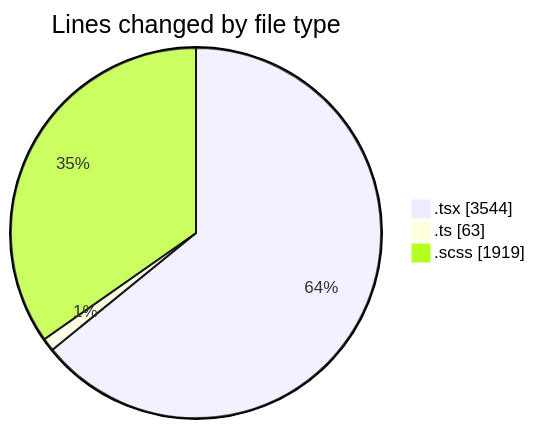
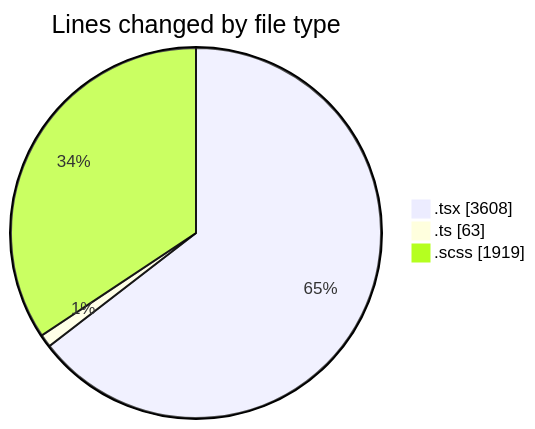
The first of 2 diagrams in 2025-04-02/cda/README.md (momahboobian/code-tracking), drawn with Mermaid before and after one commit. The commit also changed other lines of this file and 1 other file, not shown here.

````diff
--- a/2025-04-02/cda/README.md
+++ b/2025-04-02/cda/README.md
@@ -30,7 +30,7 @@
 ```mermaid
 pie showData
 title Lines changed by file type
-".tsx" : 3544
+".tsx" : 3608
 ".ts" : 63
 ".scss" : 1919
 ```
````
